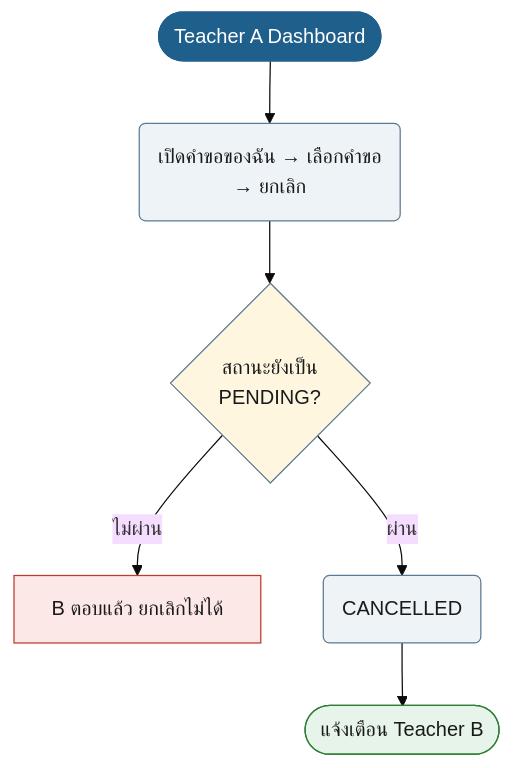
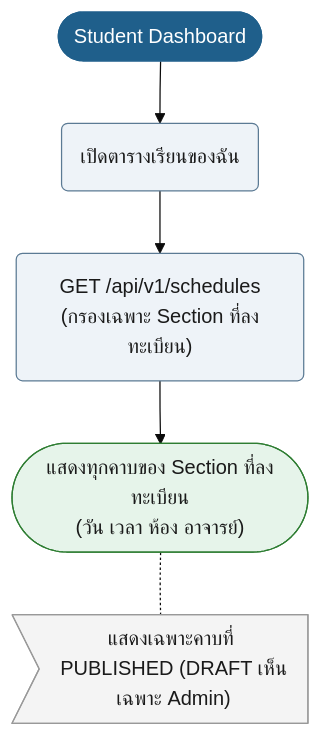
One commit to synthesixer/AcadOS changed diagram 11 of 49 in doc/userflow.md. Above: the diagram before and after it, drawn with Mermaid (base theme). The commit also changed other lines of this file and 1 other file, not shown here.

````diff
--- a/doc/userflow.md
+++ b/doc/userflow.md
@@ -398,20 +411,18 @@
 ```mermaid
 flowchart TD
-    n1(["Teacher A Dashboard"]):::start
-    n2("เปิดคำขอของฉัน → เลือกคำขอ<br/>→ ยกเลิก"):::act
+    n1(["Student Dashboard"]):::start
+    n2("เปิดตารางเรียนของฉัน"):::act
+    n3("GET /api/v1/schedules<br/>(กรองเฉพาะ Section ที่ลงทะเบียน)"):::act
+    n4(["แสดงทุกคาบของ Section ที่ลงทะเบียน<br/>(วัน เวลา ห้อง อาจารย์)"]):::ok
     n1 --> n2
-    n3{"สถานะยังเป็น<br/>PENDING?"}:::dec
     n2 --> n3
-    n4["B ตอบแล้ว ยกเลิกไม่ได้"]:::bad
-    n3 -->|ไม่ผ่าน| n4
-    n5("CANCELLED"):::act
-    n3 -->|ผ่าน| n5
-    n6(["แจ้งเตือน Teacher B"]):::ok
-    n5 --> n6
+    n3 --> n4
+    n5>"แสดงเฉพาะคาบที่ PUBLISHED (DRAFT เห็นเฉพาะ Admin)"]:::note
+    n4 -.- n5
     classDef start fill:#1F5F8B,stroke:#1F5F8B,color:#fff
     classDef act fill:#EEF3F8,stroke:#5B7A94,color:#1a1a1a
     classDef dec fill:#FFF6E0,stroke:#5B7A94,color:#1a1a1a
     classDef bad fill:#FCE8E6,stroke:#C0392B,color:#1a1a1a
     classDef ok fill:#E6F4EA,stroke:#2E7D32,color:#1a1a1a
     classDef note fill:#F4F4F4,stroke:#999,color:#1a1a1a
 ```
````
